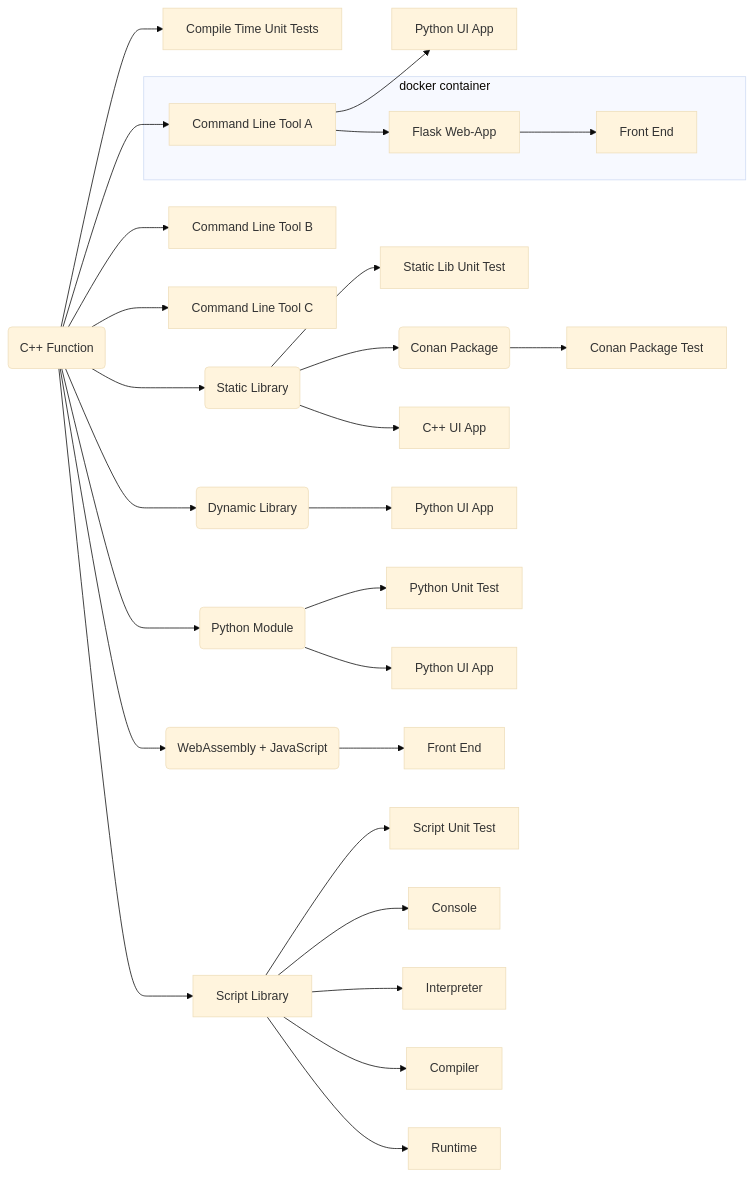
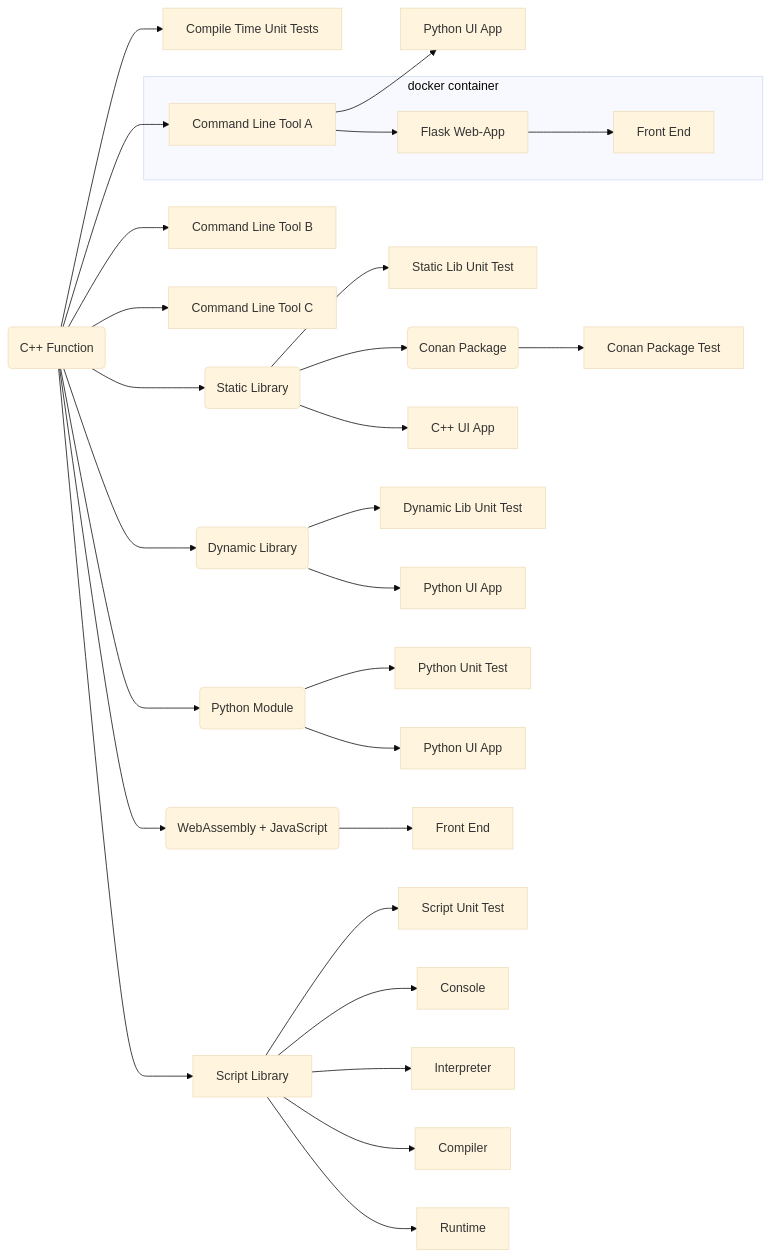
The diagram in README.md (SebastianBach/full-stack), drawn with Mermaid (base theme) before and after one commit. The commit also changed other lines of this file and 8 other files, not shown here.

Commit message:
dynamic lib test

````diff
--- a/README.md
+++ b/README.md
@@ -38,45 +39,46 @@
 ```mermaid
   flowchart LR;
 
     F(C++ Function) --> CUT[Compile Time Unit Tests];
 
     F --> CLI1[Command Line Tool A]
     F --> CLI2[Command Line Tool B]
     F --> CLI3[Command Line Tool C]
 
     CLI1 --> PYAPP2[Python UI App]
 
     F --> LIB(Static Library)
 
     LIB --> LIBTEST[Static Lib Unit Test]
     LIB --> C(Conan Package)
 
     LIB --> QTCPP[C++ UI App]
 
     F --> DLL(Dynamic Library)
+    DLL --> DLLTEST[Dynamic Lib Unit Test]
     DLL --> QTPYDLL[Python UI App]
 
     C --> CT[Conan Package Test]
 
     F --> PY(Python Module)
 
     subgraph docker container
     CLI1 --> SERVER[Flask Web-App]
     SERVER --> FRONT[Front End]
     end
 
     PY --> PYTEST[Python Unit Test]
     PY --> PYAPP[Python UI App]
 
     F --> WASM(WebAssembly + JavaScript)
 
     WASM --> WASMF[Front End]
 
     F --> SCRIPTLIB[Script Library]
 
     SCRIPTLIB --> SCRIPT_TEST[Script Unit Test]
     SCRIPTLIB --> SCRIPT_CONSOLE[Console]
     SCRIPTLIB --> SCRIPT_INTERPRETER[Interpreter]
     SCRIPTLIB --> SCRIPT_COMPILER[Compiler]
     SCRIPTLIB --> SCRIPT_RUNTIME[Runtime]
 ```
````
